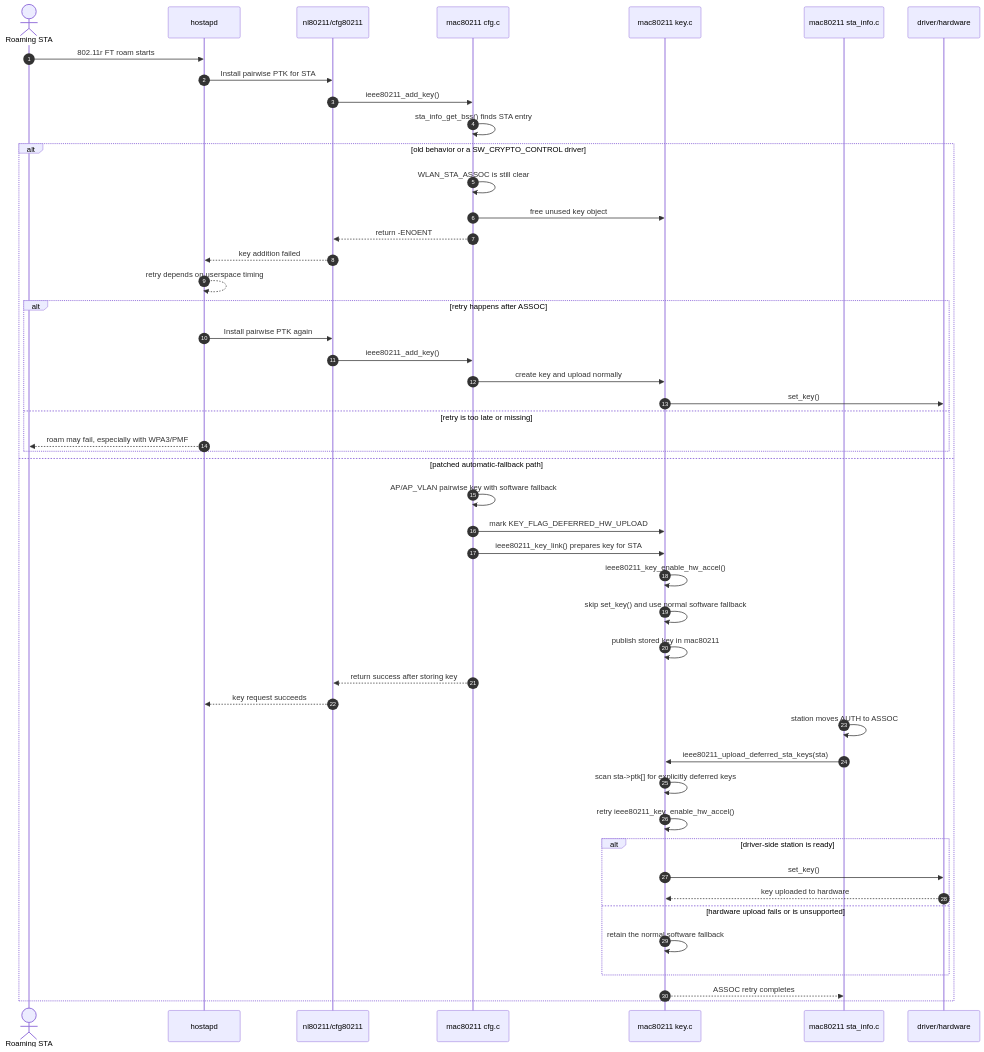
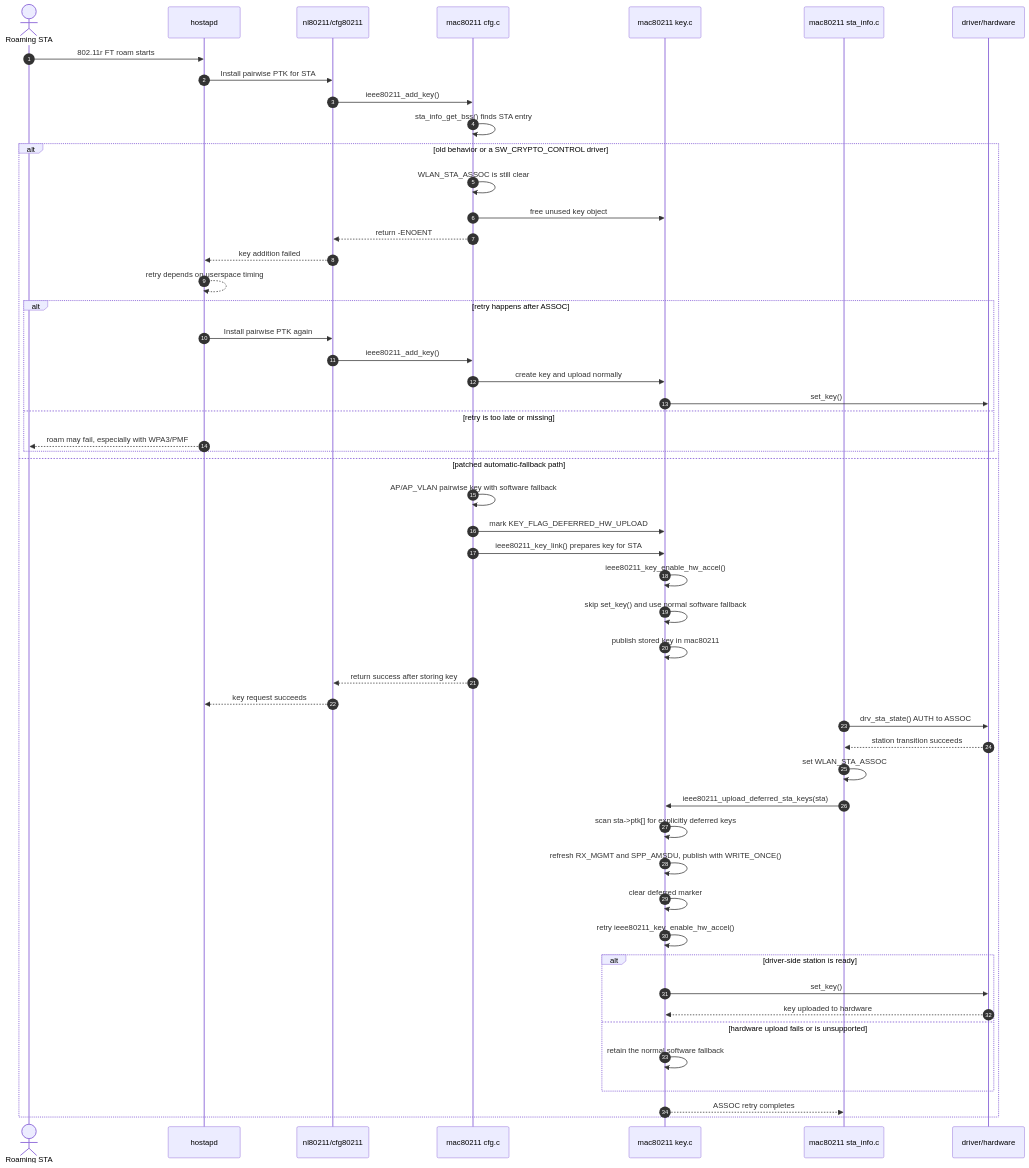
Before and after one commit to AndreaCovelli/openwrt-ft-race-patches: the second of 3 diagrams in docs/ft-key-upload-race/README.md, drawn with Mermaid. The commit also changed other lines of this file, not shown here.

First line of the commit message:
docs: show the ASSOC-time key flag refresh in the FT race diagrams

````diff
--- a/docs/ft-key-upload-race/README.md
+++ b/docs/ft-key-upload-race/README.md
@@ -127,52 +129,56 @@
 ```mermaid
 sequenceDiagram
     autonumber
     actor STA as Roaming STA
     participant H as hostapd
     participant NL as nl80211/cfg80211
     participant CFG as mac80211 cfg.c
     participant KEY as mac80211 key.c
     participant SI as mac80211 sta_info.c
     participant DRV as driver/hardware
 
     STA->>H: 802.11r FT roam starts
     H->>NL: Install pairwise PTK for STA
     NL->>CFG: ieee80211_add_key()
     CFG->>CFG: sta_info_get_bss() finds STA entry
 
     alt old behavior or a SW_CRYPTO_CONTROL driver
         CFG->>CFG: WLAN_STA_ASSOC is still clear
         CFG->>KEY: free unused key object
         CFG-->>NL: return -ENOENT
         NL-->>H: key addition failed
         H-->>H: retry depends on userspace timing
         alt retry happens after ASSOC
             H->>NL: Install pairwise PTK again
             NL->>CFG: ieee80211_add_key()
             CFG->>KEY: create key and upload normally
             KEY->>DRV: set_key()
         else retry is too late or missing
             H-->>STA: roam may fail, especially with WPA3/PMF
         end
     else patched automatic-fallback path
         CFG->>CFG: AP/AP_VLAN pairwise key with software fallback
         CFG->>KEY: mark KEY_FLAG_DEFERRED_HW_UPLOAD
         CFG->>KEY: ieee80211_key_link() prepares key for STA
         KEY->>KEY: ieee80211_key_enable_hw_accel()
         KEY->>KEY: skip set_key() and use normal software fallback
         KEY->>KEY: publish stored key in mac80211
         CFG-->>NL: return success after storing key
         NL-->>H: key request succeeds
-        SI->>SI: station moves AUTH to ASSOC
+        SI->>DRV: drv_sta_state() AUTH to ASSOC
+        DRV-->>SI: station transition succeeds
+        SI->>SI: set WLAN_STA_ASSOC
         SI->>KEY: ieee80211_upload_deferred_sta_keys(sta)
         KEY->>KEY: scan sta->ptk[] for explicitly deferred keys
+        KEY->>KEY: refresh RX_MGMT and SPP_AMSDU, publish with WRITE_ONCE()
+        KEY->>KEY: clear deferred marker
         KEY->>KEY: retry ieee80211_key_enable_hw_accel()
         alt driver-side station is ready
             KEY->>DRV: set_key()
             DRV-->>KEY: key uploaded to hardware
         else hardware upload fails or is unsupported
             KEY->>KEY: retain the normal software fallback
         end
         KEY-->>SI: ASSOC retry completes
     end
 ```
````
